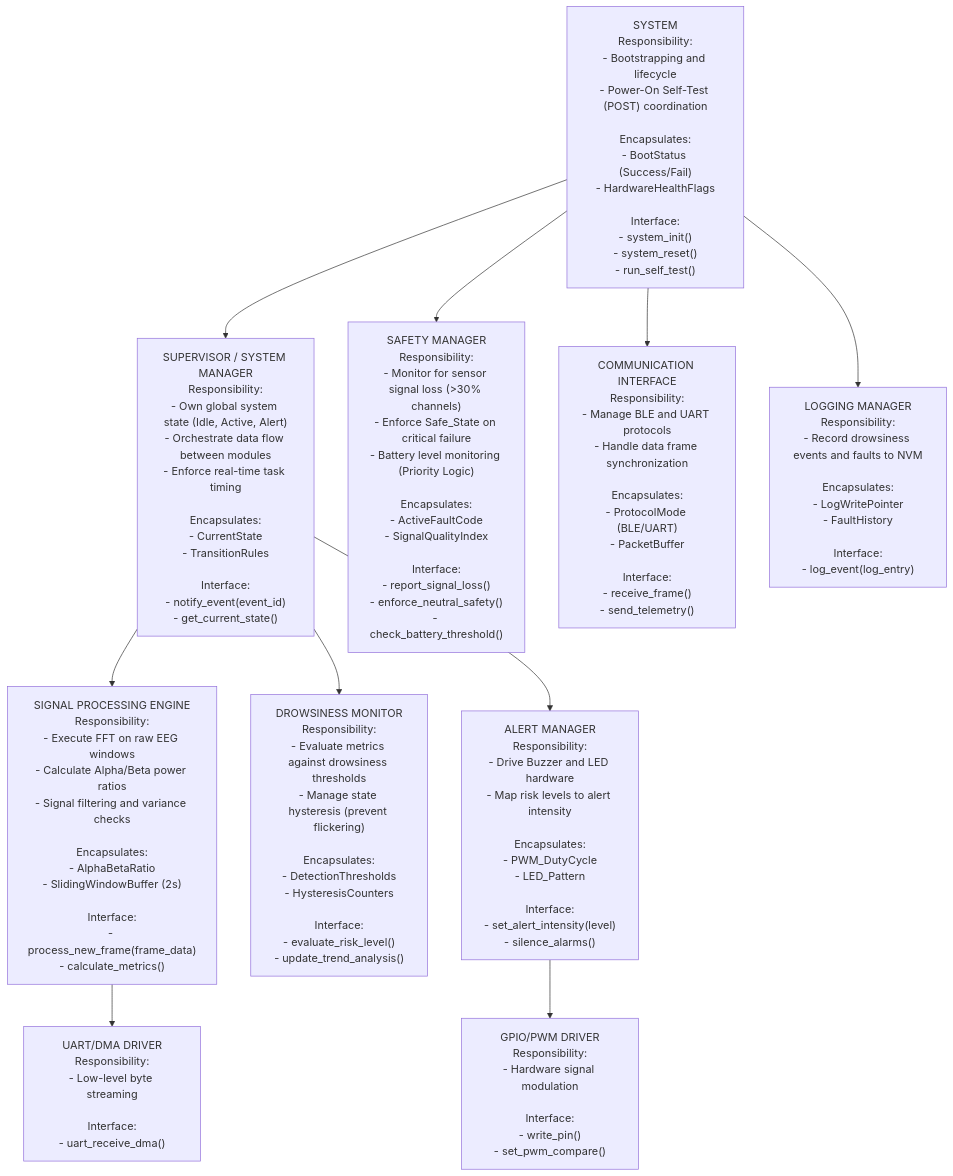
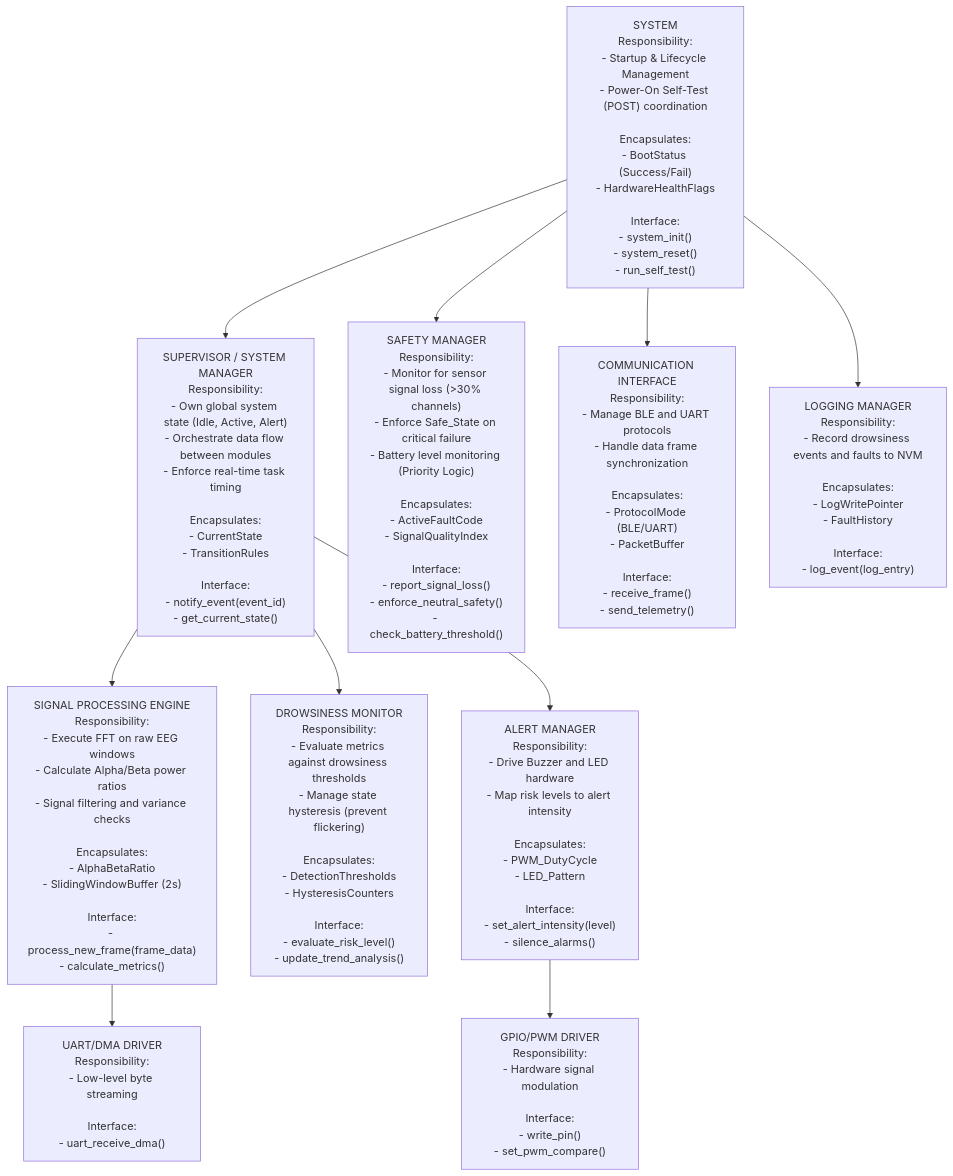
Before and after one commit to csg523/project-p1-eeg-drowsiness: the diagram in docs/sections/architecture.md, drawn with Mermaid.

Commit message:
updated:   docs/sections/architecture.md

```diff
--- a/docs/sections/architecture.md
+++ b/docs/sections/architecture.md
@@ -5,7 +5,7 @@
 
 System["SYSTEM
 Responsibility:
-- Bootstrapping and lifecycle
+- Startup & Lifecycle Management
 - Power-On Self-Test (POST) coordination
 
 Encapsulates:
```
